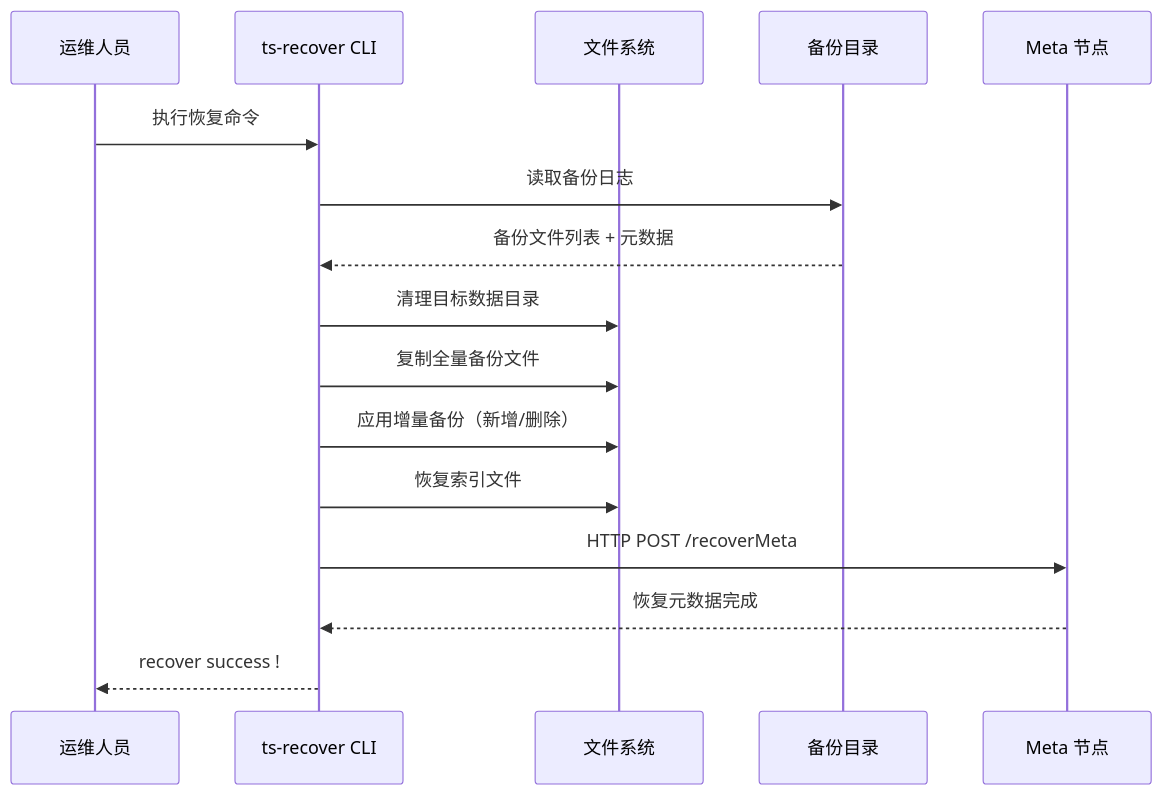
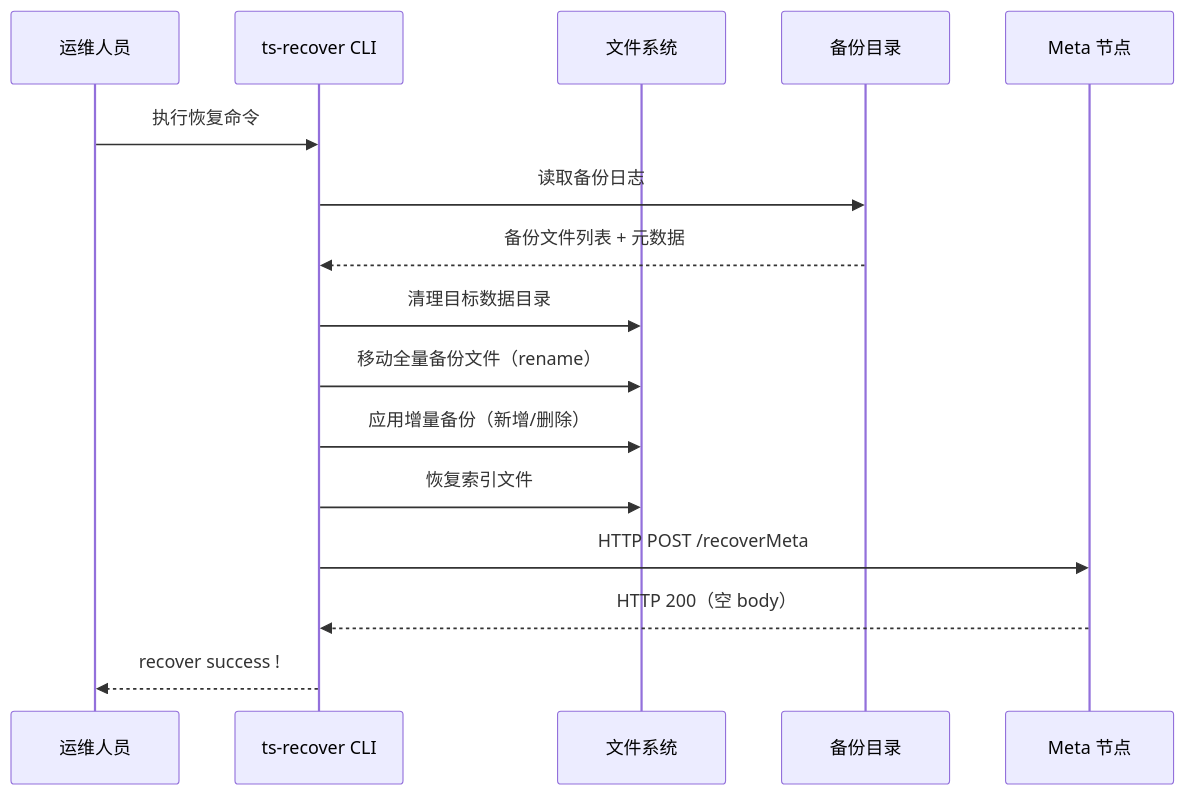
One commit to stefanv5/openGemini changed the first of 11 diagrams in docs/specs/35_recovery_tool_spec.md. Above: the diagram before and after it, drawn with Mermaid. The commit also changed other lines of this file and 37 other files, not shown here.

````diff
--- a/docs/specs/35_recovery_tool_spec.md
+++ b/docs/specs/35_recovery_tool_spec.md
@@ -9,22 +11,22 @@
 ```mermaid
 sequenceDiagram
     participant Admin as 运维人员
     participant CLI as ts-recover CLI
     participant FS as 文件系统
     participant Backup as 备份目录
     participant Meta as Meta 节点
 
     Admin->>CLI: 执行恢复命令
     CLI->>Backup: 读取备份日志
     Backup-->>CLI: 备份文件列表 + 元数据
 
     CLI->>FS: 清理目标数据目录
-    CLI->>FS: 复制全量备份文件
+    CLI->>FS: 移动全量备份文件（rename）
     CLI->>FS: 应用增量备份（新增/删除）
     CLI->>FS: 恢复索引文件
 
     CLI->>Meta: HTTP POST /recoverMeta
-    Meta-->>CLI: 恢复元数据完成
+    Meta-->>CLI: HTTP 200（空 body）
 
     CLI-->>Admin: recover success !
 ```
````
